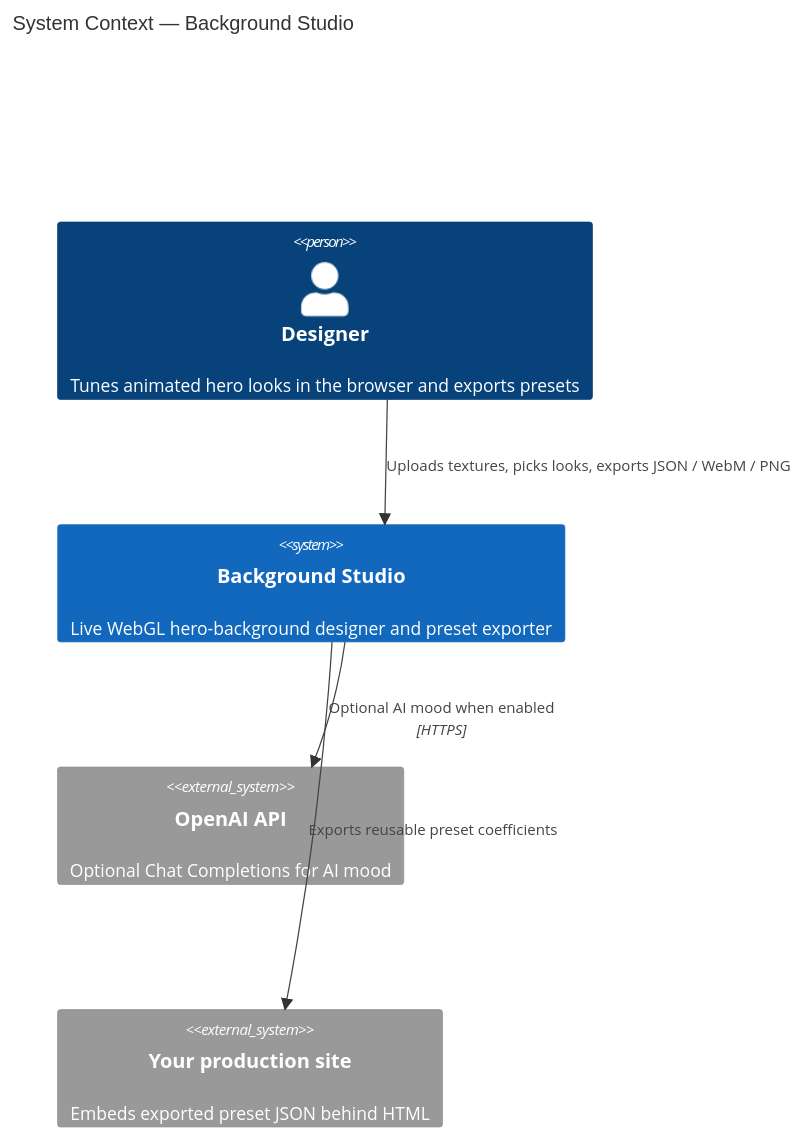
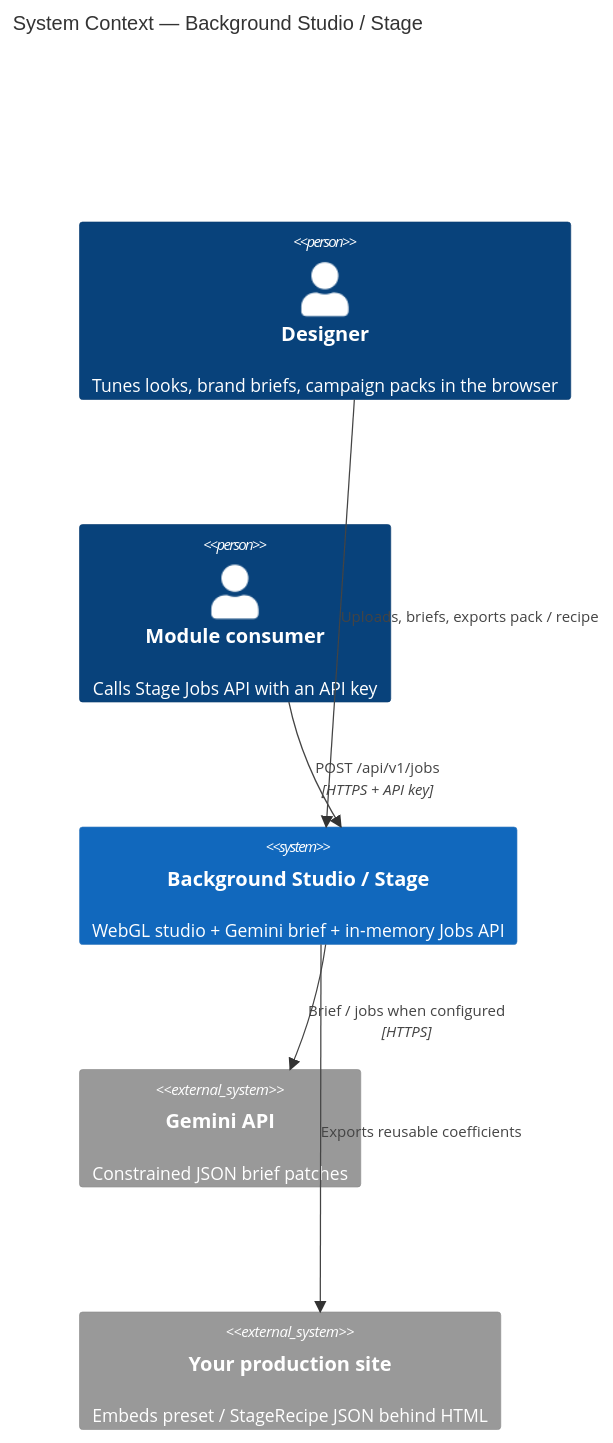
Before and after one commit to aryanjohari/web-image-editor: the diagram in docs/c4/1-context.mmd, drawn with Mermaid. The commit also changed 99 other files, not shown here.

```diff
--- a/docs/c4/1-context.mmd
+++ b/docs/c4/1-context.mmd
@@ -1,10 +1,12 @@
 C4Context
-  title System Context — Background Studio
-  Person(designer, "Designer", "Tunes animated hero looks in the browser and exports presets")
-  System(studio, "Background Studio", "Live WebGL hero-background designer and preset exporter")
-  System_Ext(openai, "OpenAI API", "Optional Chat Completions for AI mood")
-  System_Ext(embedSite, "Your production site", "Embeds exported preset JSON behind HTML")
+  title System Context — Background Studio / Stage
+  Person(designer, "Designer", "Tunes looks, brand briefs, campaign packs in the browser")
+  Person(moduleDev, "Module consumer", "Calls Stage Jobs API with an API key")
+  System(studio, "Background Studio / Stage", "WebGL studio + Gemini brief + in-memory Jobs API")
+  System_Ext(gemini, "Gemini API", "Constrained JSON brief patches")
+  System_Ext(embedSite, "Your production site", "Embeds preset / StageRecipe JSON behind HTML")
 
-  Rel(designer, studio, "Uploads textures, picks looks, exports JSON / WebM / PNG")
-  Rel(studio, openai, "Optional AI mood when enabled", "HTTPS")
-  Rel(studio, embedSite, "Exports reusable preset coefficients")
+  Rel(designer, studio, "Uploads, briefs, exports pack / recipe")
+  Rel(moduleDev, studio, "POST /api/v1/jobs", "HTTPS + API key")
+  Rel(studio, gemini, "Brief / jobs when configured", "HTTPS")
+  Rel(studio, embedSite, "Exports reusable coefficients")
```
